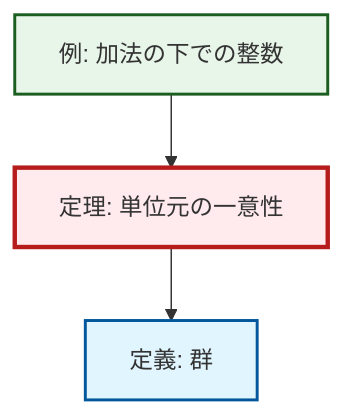
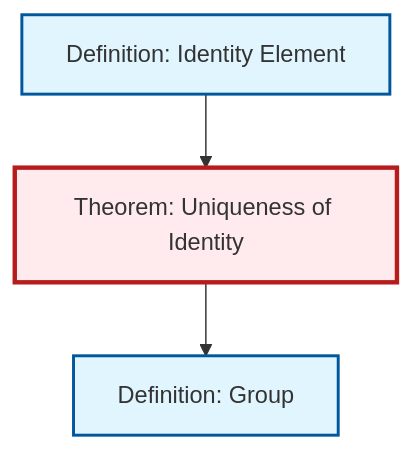
The diagram in content/ja/algebra/thm-unique-identity.qmd (RK0429/ModernMath), drawn with Mermaid before and after one commit. The commit also changed 203 other files, not shown here.

````diff
--- a/content/ja/algebra/thm-unique-identity.qmd
+++ b/content/ja/algebra/thm-unique-identity.qmd
@@ -55,18 +55,15 @@
 ```{mermaid}
-%%| fig-cap: "局所的な依存関係グラフ"
+%%| fig-cap: "Local dependency graph"
 graph TD
     classDef definition fill:#e1f5fe,stroke:#01579b,stroke-width:2px
     classDef theorem fill:#f3e5f5,stroke:#4a148c,stroke-width:2px
     classDef axiom fill:#fff3e0,stroke:#e65100,stroke-width:2px
     classDef example fill:#e8f5e9,stroke:#1b5e20,stroke-width:2px
     classDef current fill:#ffebee,stroke:#b71c1c,stroke-width:3px
-    def-group["定義: 群"]:::definition
-    ex-integers-addition["例: 加法の下での整数"]:::example
-    thm-unique-identity["定理: 単位元の一意性"]:::theorem
-    ex-integers-addition --> thm-unique-identity
+    def-group["Definition: Group"]:::definition
+    def-identity-element["Definition: Identity Element"]:::definition
+    thm-unique-identity["Theorem: Uniqueness of Identity"]:::theorem
     thm-unique-identity --> def-group
+    def-identity-element --> thm-unique-identity
     class thm-unique-identity current
-
-    click def-group "def-group.html" "Go to 定義: 群"
-    click ex-integers-addition "ex-integers-addition.html" "Go to 例: 加法の下での整数"
 ```
````
